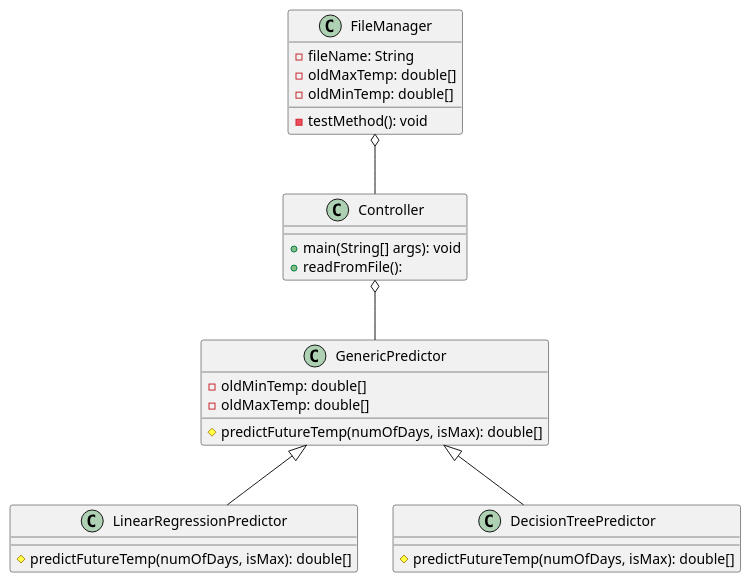
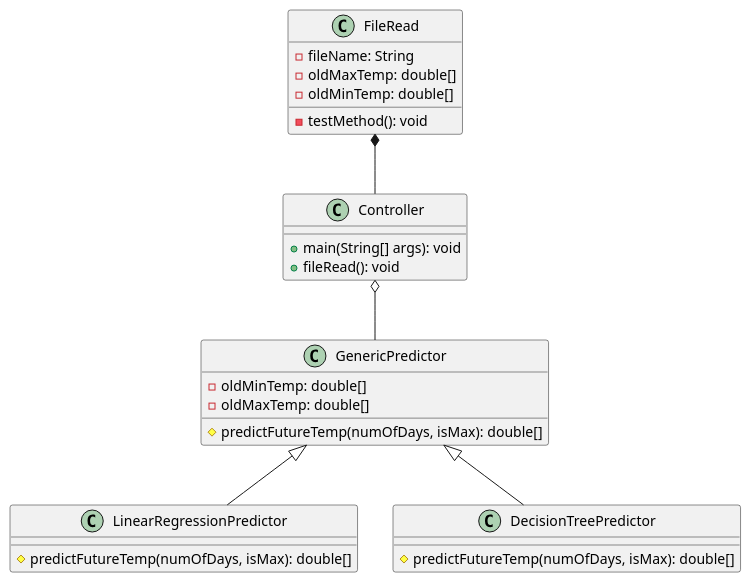
One commit to skhinda7/WeatherPrediction changed the diagram in Prediction.puml. Above: the diagram before and after it, drawn with PlantUML. The commit also changed 10 other files, not shown here.

```diff
--- a/Prediction.puml
+++ b/Prediction.puml
@@ -1,32 +1,32 @@
 @startuml "Prediction Model"
 
 class Controller {
     +main(String[] args): void
-    +readFromFile(): 
+    +fileRead(): void
 }
 
 class GenericPredictor {
     -oldMinTemp: double[]
     -oldMaxTemp: double[]
     #predictFutureTemp(numOfDays, isMax): double[]
 }
 
 class LinearRegressionPredictor extends GenericPredictor {
     #predictFutureTemp(numOfDays, isMax): double[]
 }
 
 class DecisionTreePredictor extends GenericPredictor {
     #predictFutureTemp(numOfDays, isMax): double[]
 }
 
-class FileManager {
+class FileRead {
     -fileName: String
     -oldMaxTemp: double[]
     -oldMinTemp: double[]
     -testMethod(): void
 }
 
-FileManager o-- Controller
+FileRead *-- Controller
 Controller o-- GenericPredictor
 
 @enduml
```
